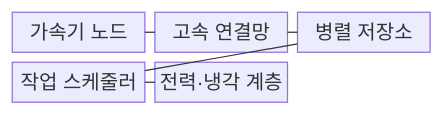
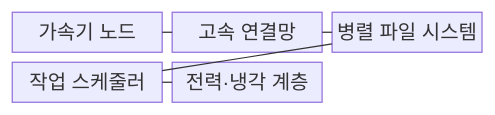
Before and after one commit to agnusdei1207/knowledge-base: the first of 2 diagrams in src/content/docs/notes/08-latest-tech/138_ai_supercomputing.md, drawn with Mermaid. The commit also changed other lines of this file and 9 other files, not shown here.

````diff
--- a/src/content/docs/notes/08-latest-tech/138_ai_supercomputing.md
+++ b/src/content/docs/notes/08-latest-tech/138_ai_supercomputing.md
@@ -64,13 +64,13 @@
 ```mermaid
 block-beta
     columns 3
     N["가속기 노드"]
     F["고속 연결망"]
-    S["병렬 저장소"]
+    S["병렬 파일 시스템"]
     O["작업 스케줄러"]
     P["전력·냉각 계층"]
     N --- F
     F --- S
     S --- O
     O --- P
 ```
````
